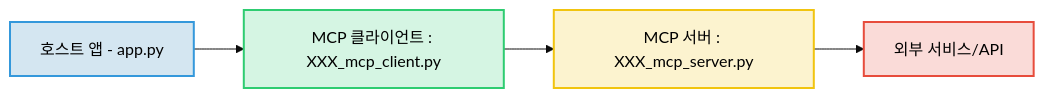
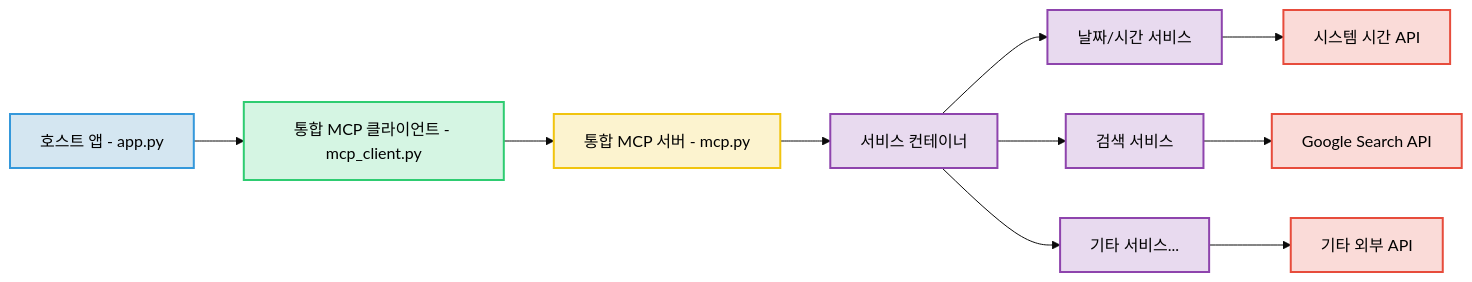
The diagram in README.md (jesamkim/simple-bedrock-chatbot), drawn with Mermaid (base theme) before and after one commit. The commit also changed other lines of this file and 34 other files, not shown here.

````diff
--- a/README.md
+++ b/README.md
@@ -33,18 +33,26 @@
 ```mermaid
 flowchart LR
-    HostApp[호스트 앱 - app.py] --> MCPClient[MCP 클라이언트 : XXX_mcp_client.py]
-    MCPClient --> MCPServer[MCP 서버 : XXX_mcp_server.py]
-    MCPServer --> ExternalAPI[외부 서비스/API]
+    HostApp[호스트 앱 - app.py] --> UnifiedClient[통합 MCP 클라이언트 - mcp_client.py]
+    UnifiedClient --> UnifiedServer[통합 MCP 서버 - mcp.py]
+    UnifiedServer --> Services[서비스 컨테이너]
+    Services --> DTService[날짜/시간 서비스]
+    Services --> SearchService[검색 서비스]
+    Services --> OtherService[기타 서비스...]
+    DTService --> ExternalAPI1[시스템 시간 API]
+    SearchService --> ExternalAPI2[Google Search API]
+    OtherService --> ExternalAPI3[기타 외부 API]
     
     %% 스타일 정의
     classDef host fill:#D4E6F1,stroke:#3498DB,stroke-width:2px,color:#000000;
     classDef client fill:#D5F5E3,stroke:#2ECC71,stroke-width:2px,color:#000000;
     classDef server fill:#FCF3CF,stroke:#F1C40F,stroke-width:2px,color:#000000;
+    classDef service fill:#E8DAEF,stroke:#8E44AD,stroke-width:2px,color:#000000;
     classDef external fill:#FADBD8,stroke:#E74C3C,stroke-width:2px,color:#000000;
     
     %% 스타일 적용
     class HostApp host;
-    class MCPClient client;
-    class MCPServer server;
-    class ExternalAPI external;
+    class UnifiedClient client;
+    class UnifiedServer server;
+    class Services,DTService,SearchService,OtherService service;
+    class ExternalAPI1,ExternalAPI2,ExternalAPI3 external;
 ```
````
